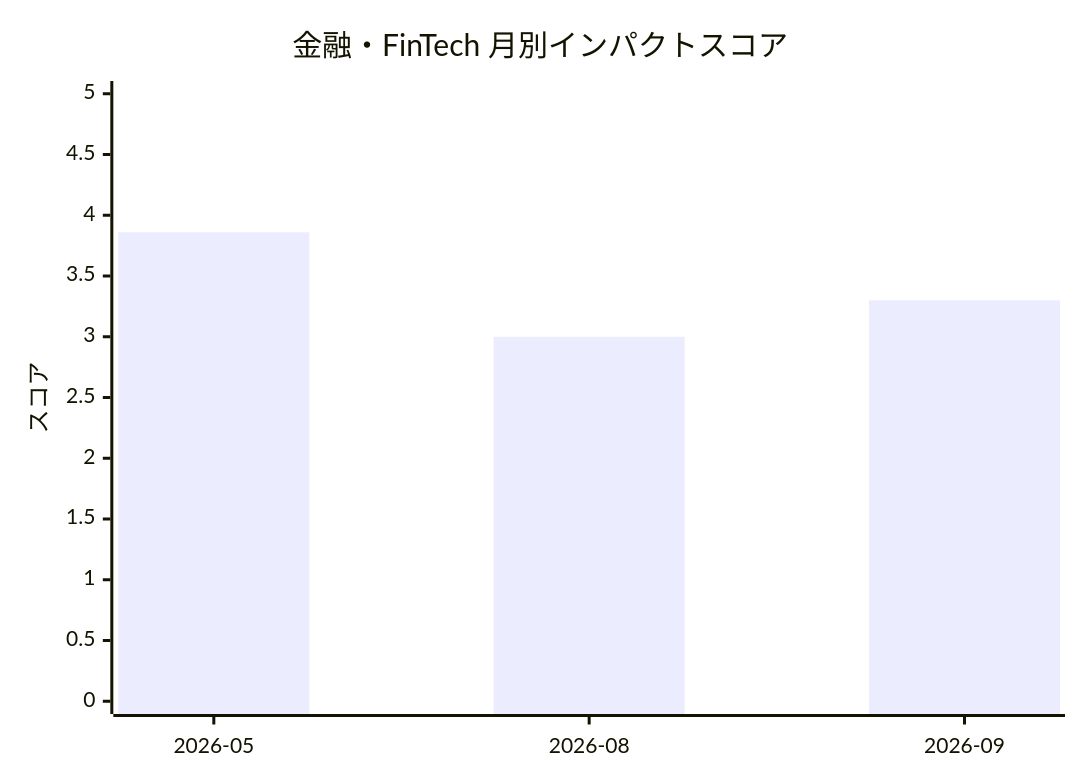
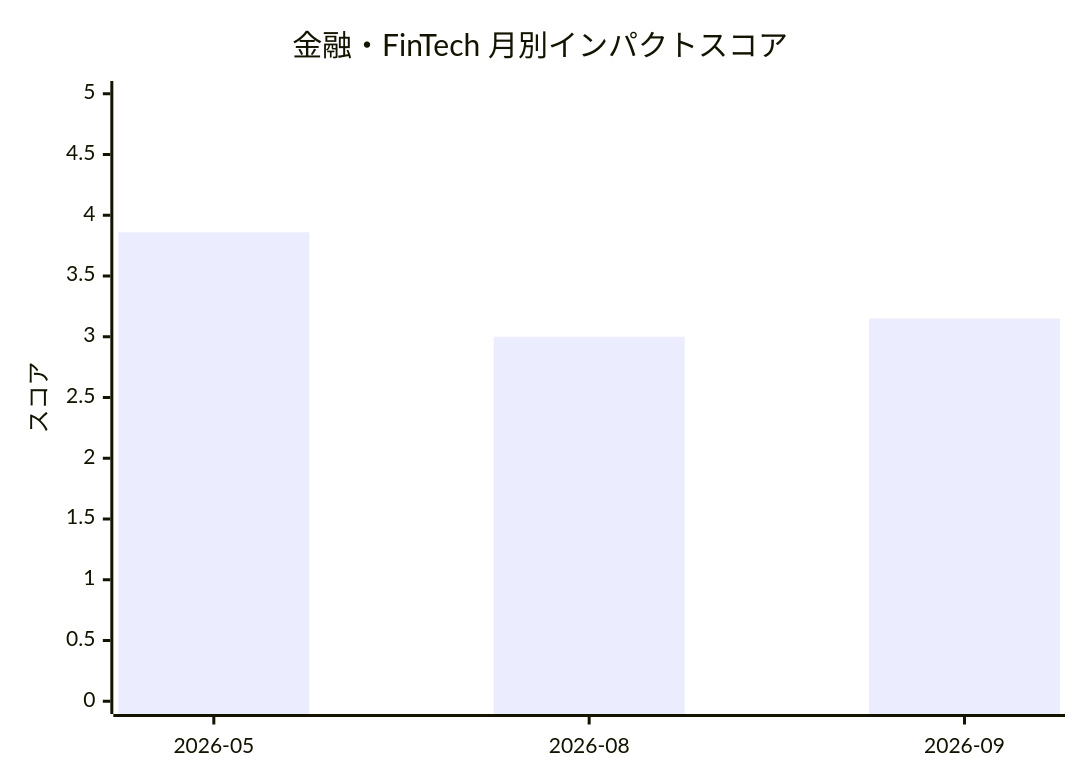
One commit to devaise-support/ai-research changed the diagram in knowledge/industry-impact/finance.md. Above: the diagram before and after it, drawn with Mermaid. The commit also changed other lines of this file and 14 other files, not shown here.

````diff
--- a/knowledge/industry-impact/finance.md
+++ b/knowledge/industry-impact/finance.md
@@ -7,7 +7,7 @@
 ```mermaid
 xychart-beta
   title "金融・FinTech 月別インパクトスコア"
   x-axis [2026-05, 2026-08, 2026-09]
   y-axis "スコア" 0 --> 5
-  bar [3.86, 3.0, 3.3]
+  bar [3.86, 3.0, 3.15]
 ```
````
